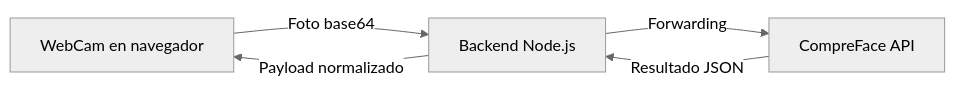
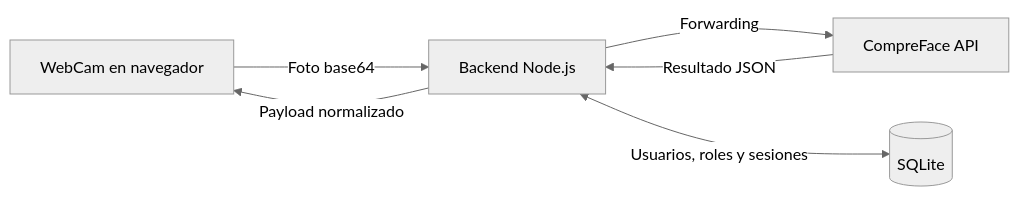
The first of 3 diagrams in README.md (SchneiderSeba/CompreFaceApp), drawn with Mermaid (neutral theme) before and after one commit. The commit also changed other lines of this file and 27 other files, not shown here.

````diff
--- a/README.md
+++ b/README.md
@@ -187,6 +196,7 @@
 ```mermaid
 flowchart LR
     A[WebCam en navegador] -->|Foto base64| B[Backend Node.js]
     B -->|Forwarding| C[CompreFace API]
     C -->|Resultado JSON| B -->|Payload normalizado| A
+    B <-->|Usuarios, roles y sesiones| D[(SQLite)]
 ```
````
